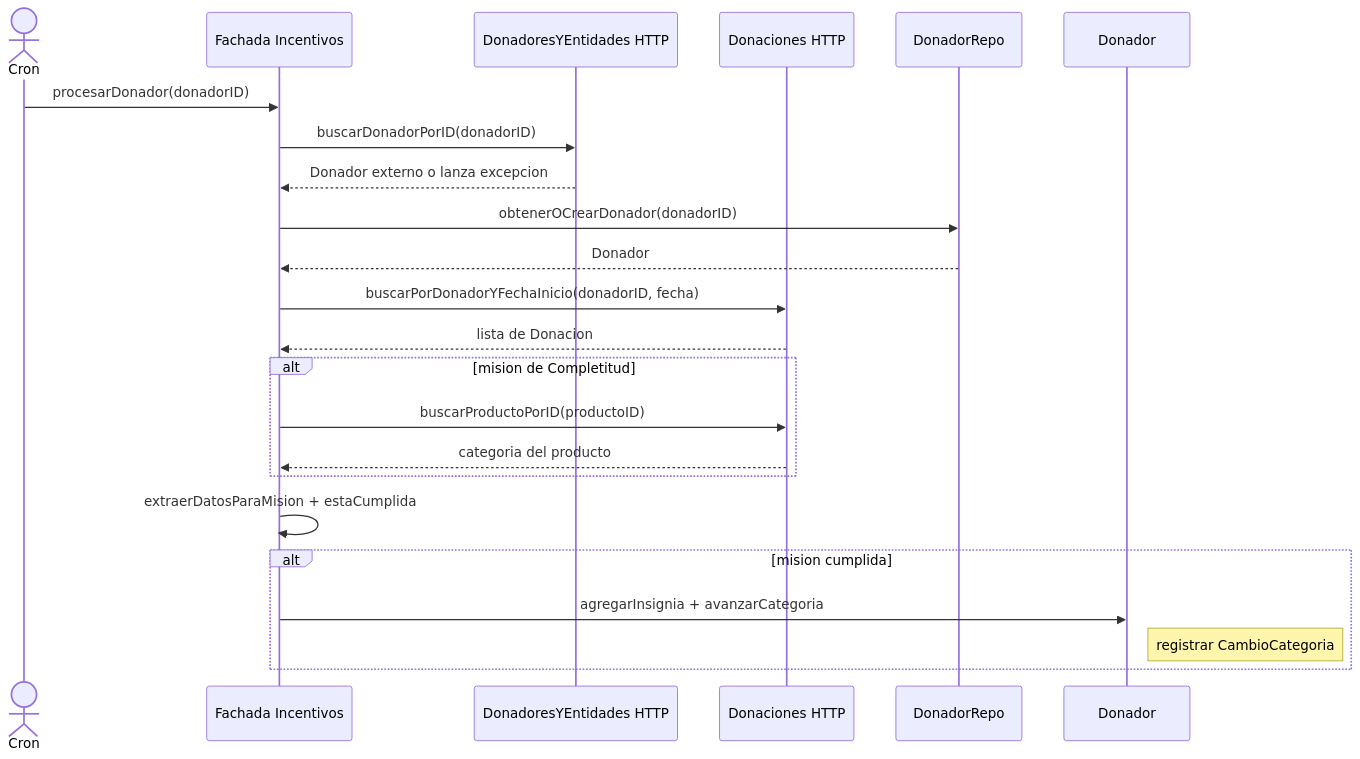
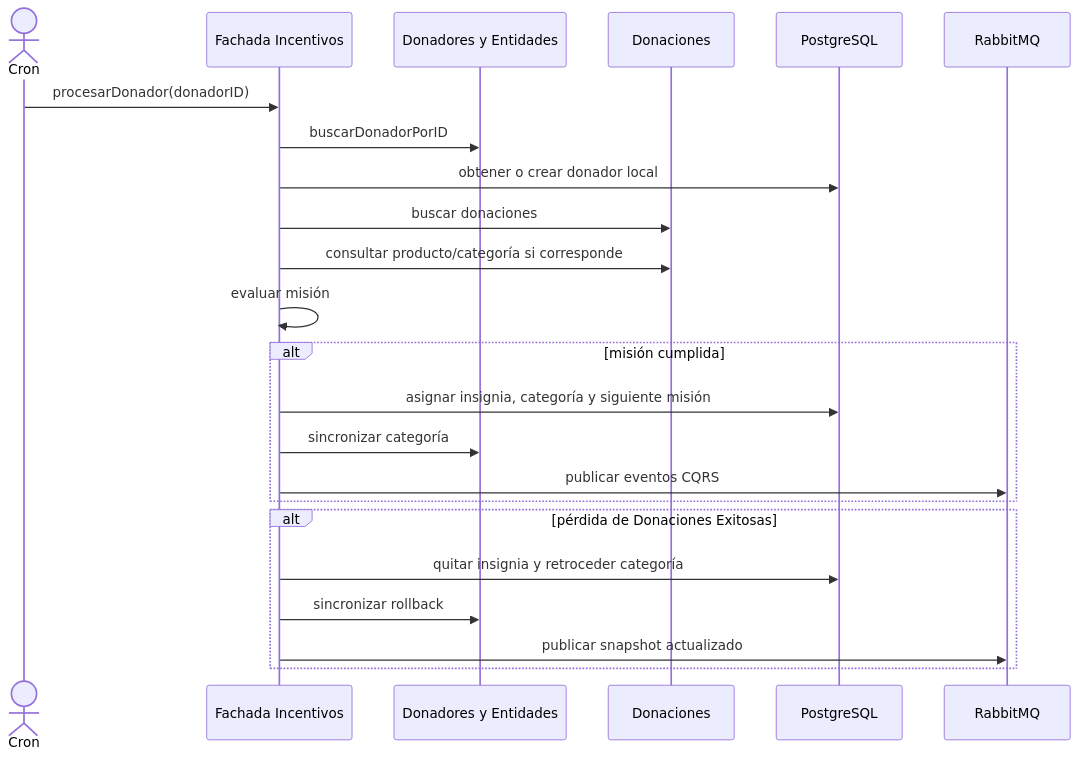
Before and after one commit to 2026-ddsi-tpa-Jajava/Incentivos: the second of 2 diagrams in docs/arquitectura.md, drawn with Mermaid. The commit also changed other lines of this file and 7 other files, not shown here.

````diff
--- a/docs/arquitectura.md
+++ b/docs/arquitectura.md
@@ -87,26 +85,26 @@
 ```mermaid
 sequenceDiagram
     actor Cron
     participant F as Fachada Incentivos
-    participant DE as DonadoresYEntidades HTTP
-    participant DON as Donaciones HTTP
-    participant DR as DonadorRepo
-    participant D as Donador
+    participant DE as Donadores y Entidades
+    participant DON as Donaciones
+    participant DB as PostgreSQL
+    participant Q as RabbitMQ
 
     Cron->>F: procesarDonador(donadorID)
-    F->>DE: buscarDonadorPorID(donadorID)
-    DE-->>F: Donador externo o lanza excepcion
-    F->>DR: obtenerOCrearDonador(donadorID)
-    DR-->>F: Donador
-    F->>DON: buscarPorDonadorYFechaInicio(donadorID, fecha)
-    DON-->>F: lista de Donacion
-    alt mision de Completitud
-        F->>DON: buscarProductoPorID(productoID)
-        DON-->>F: categoria del producto
+    F->>DE: buscarDonadorPorID
+    F->>DB: obtener o crear donador local
+    F->>DON: buscar donaciones
+    F->>DON: consultar producto/categoría si corresponde
+    F->>F: evaluar misión
+    alt misión cumplida
+        F->>DB: asignar insignia, categoría y siguiente misión
+        F->>DE: sincronizar categoría
+        F->>Q: publicar eventos CQRS
     end
-    F->>F: extraerDatosParaMision + estaCumplida
-    alt mision cumplida
-        F->>D: agregarInsignia + avanzarCategoria
-        Note right of D: registrar CambioCategoria
+    alt pérdida de Donaciones Exitosas
+        F->>DB: quitar insignia y retroceder categoría
+        F->>DE: sincronizar rollback
+        F->>Q: publicar snapshot actualizado
     end
 ```
````
